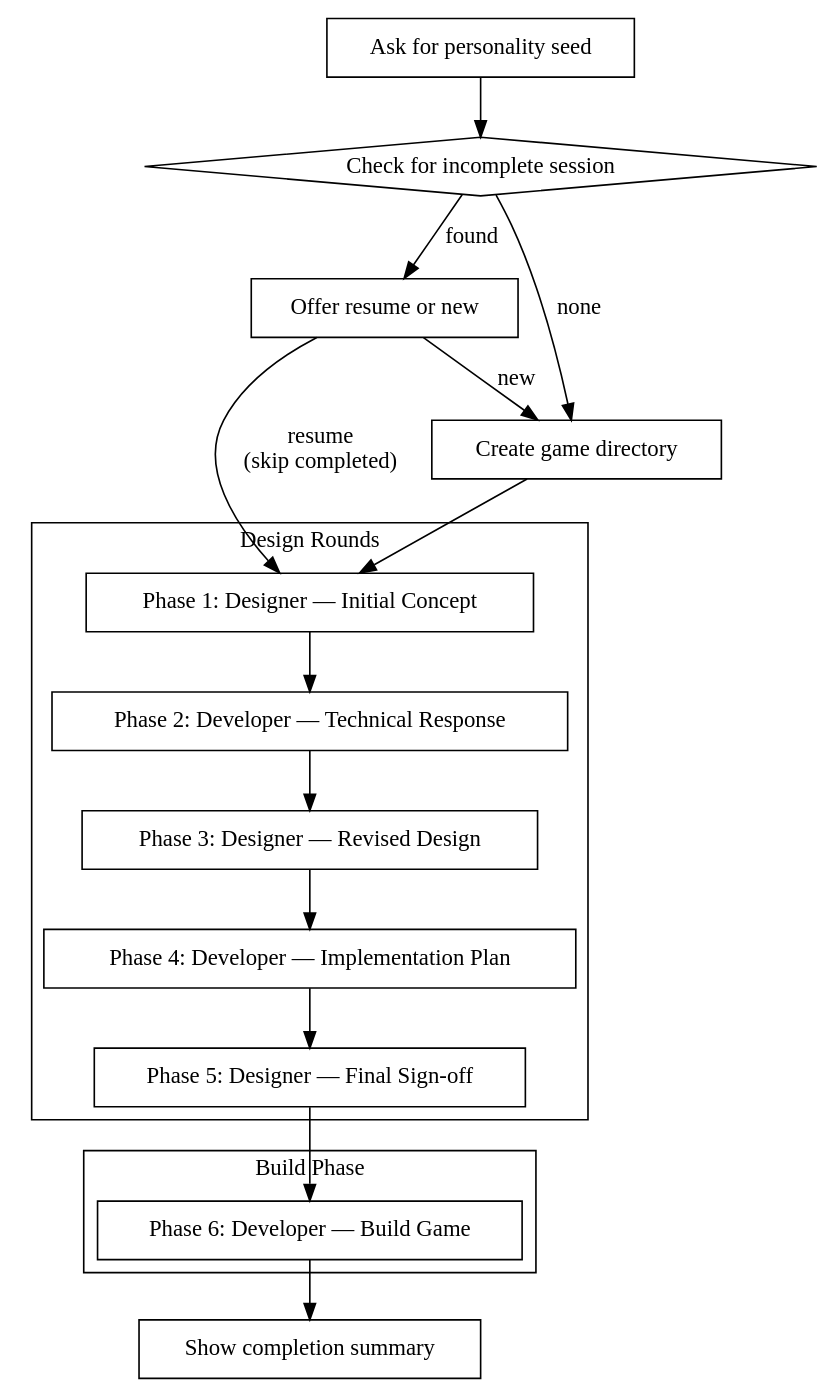
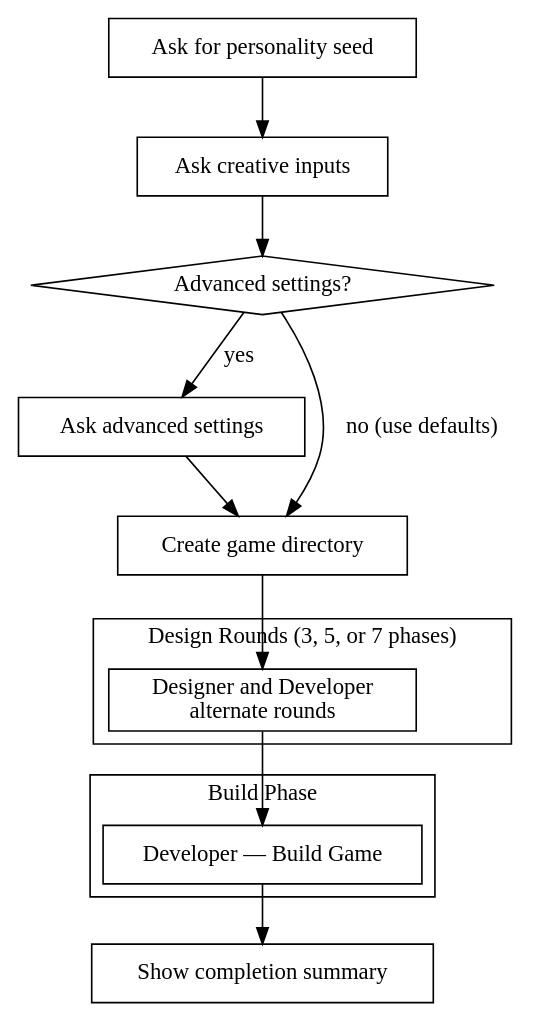
One commit to codyparker/ai-game-jam changed the diagram in skills/game-jam/SKILL.md. Above: the diagram before and after it, drawn with Graphviz. The commit also changed other lines of this file, not shown here.

Commit message:
Update SKILL.md completion, key details, graph, and common mistakes for dynamic phases
Replace hardcoded 6-phase references with dynamic phase-count-aware
language. Update the process graph to reflect the new setup flow with
advanced settings gating. Make the stats.md template, key details, and
common mistakes sections work with variable design rounds (3/5/7).

````diff
--- a/skills/game-jam/SKILL.md
+++ b/skills/game-jam/SKILL.md
@@ -19,39 +19,32 @@
 ```dot
 digraph game_jam {
     rankdir=TB;
 
     "Ask for personality seed" [shape=box];
-    "Check for incomplete session" [shape=diamond];
-    "Offer resume or new" [shape=box];
+    "Ask creative inputs" [shape=box];
+    "Advanced settings?" [shape=diamond];
+    "Ask advanced settings" [shape=box];
     "Create game directory" [shape=box];
 
     subgraph cluster_design {
-        label="Design Rounds";
-        "Phase 1: Designer — Initial Concept" [shape=box];
-        "Phase 2: Developer — Technical Response" [shape=box];
-        "Phase 3: Designer — Revised Design" [shape=box];
-        "Phase 4: Developer — Implementation Plan" [shape=box];
-        "Phase 5: Designer — Final Sign-off" [shape=box];
+        label="Design Rounds (3, 5, or 7 phases)";
+        "Designer and Developer\nalternate rounds" [shape=box];
     }
 
     subgraph cluster_build {
         label="Build Phase";
-        "Phase 6: Developer — Build Game" [shape=box];
+        "Developer — Build Game" [shape=box];
     }
 
     "Show completion summary" [shape=box];
 
-    "Ask for personality seed" -> "Check for incomplete session";
-    "Check for incomplete session" -> "Offer resume or new" [label="found"];
-    "Check for incomplete session" -> "Create game directory" [label="none"];
-    "Offer resume or new" -> "Create game directory" [label="new"];
-    "Offer resume or new" -> "Phase 1: Designer — Initial Concept" [label="resume\n(skip completed)"];
-    "Create game directory" -> "Phase 1: Designer — Initial Concept";
-    "Phase 1: Designer — Initial Concept" -> "Phase 2: Developer — Technical Response";
-    "Phase 2: Developer — Technical Response" -> "Phase 3: Designer — Revised Design";
-    "Phase 3: Designer — Revised Design" -> "Phase 4: Developer — Implementation Plan";
-    "Phase 4: Developer — Implementation Plan" -> "Phase 5: Designer — Final Sign-off";
-    "Phase 5: Designer — Final Sign-off" -> "Phase 6: Developer — Build Game";
-    "Phase 6: Developer — Build Game" -> "Show completion summary";
+    "Ask for personality seed" -> "Ask creative inputs";
+    "Ask creative inputs" -> "Advanced settings?";
+    "Advanced settings?" -> "Ask advanced settings" [label="yes"];
+    "Advanced settings?" -> "Create game directory" [label="no (use defaults)"];
+    "Ask advanced settings" -> "Create game directory";
+    "Create game directory" -> "Designer and Developer\nalternate rounds";
+    "Designer and Developer\nalternate rounds" -> "Developer — Build Game";
+    "Developer — Build Game" -> "Show completion summary";
 }
 ```
````
